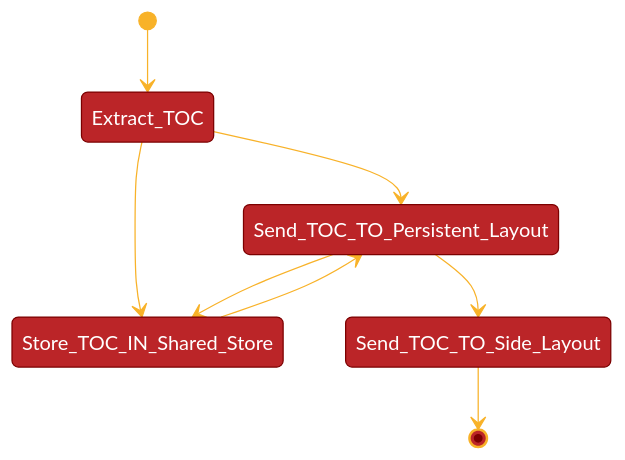
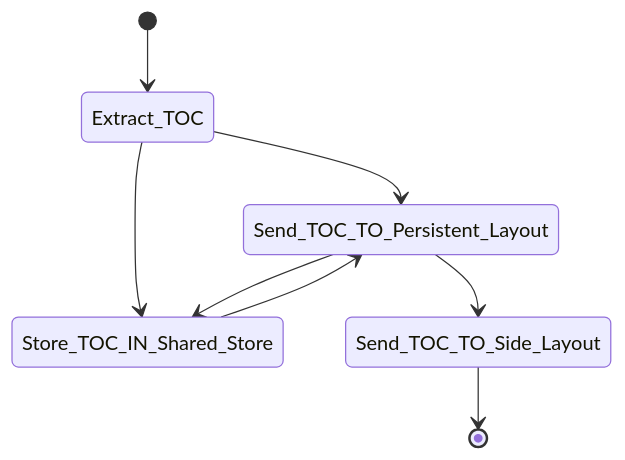
Before and after one commit to voiceinthedark/personal-blog: the diagram in src/articles/2023/2023-07-30-how-to-send-data-from-page-to-layout.md, drawn with Mermaid. The commit also changed other lines of this file and 12 other files, not shown here.

Commit message:
Added vitepress mermaid plugin

````diff
--- a/src/articles/2023/2023-07-30-how-to-send-data-from-page-to-layout.md
+++ b/src/articles/2023/2023-07-30-how-to-send-data-from-page-to-layout.md
@@ -116,23 +116,10 @@
 ```mermaid
-%%{
-  init: {
-    'theme': 'base',
-    'themeVariables': {
-      'primaryColor': '#BB2528',
-      'primaryTextColor': '#fff',
-      'primaryBorderColor': '#7C0000',
-      'lineColor': '#F8B229',
-      'secondaryColor': '#006100',
-      'tertiaryColor': '#fff'      
-    }
-  }
-}%%
 stateDiagram-v2
     [*] --> Extract_TOC
     Extract_TOC --> Send_TOC_TO_Persistent_Layout
     Extract_TOC --> Store_TOC_IN_Shared_Store
     Send_TOC_TO_Persistent_Layout --> Store_TOC_IN_Shared_Store
     Store_TOC_IN_Shared_Store --> Send_TOC_TO_Persistent_Layout
     Send_TOC_TO_Persistent_Layout --> Send_TOC_TO_Side_Layout
     Send_TOC_TO_Side_Layout --> [*]
 ```
````
